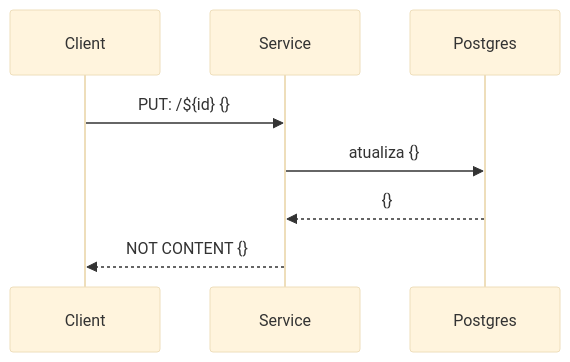
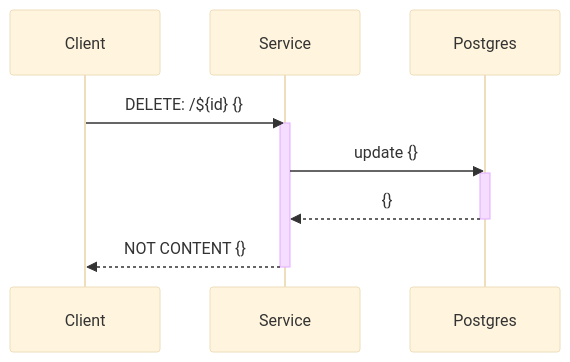
The third of 5 diagrams in README.md (PauloNayron/message-service), drawn with Mermaid (base theme) before and after one commit. The commit also changed other lines of this file, not shown here.

````diff
--- a/README.md
+++ b/README.md
@@ -61,11 +80,15 @@
 ```mermaid
 sequenceDiagram
     participant C as Client
     participant A as Service
     participant B as Postgres
 
-    C->>A: PUT: /${id} {}
-    A->>B: atualiza {}
+    C->>A: DELETE: /${id} {}
+    activate A
+    A->>B: update {}
+    activate B
     B-->>A: {}
+    deactivate B
     A-->>C: NOT CONTENT {}
+    deactivate A
 ```
````
